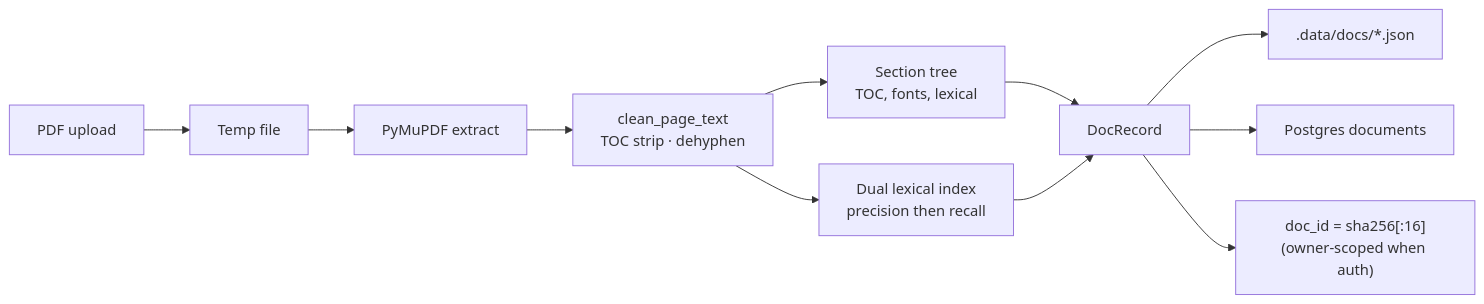
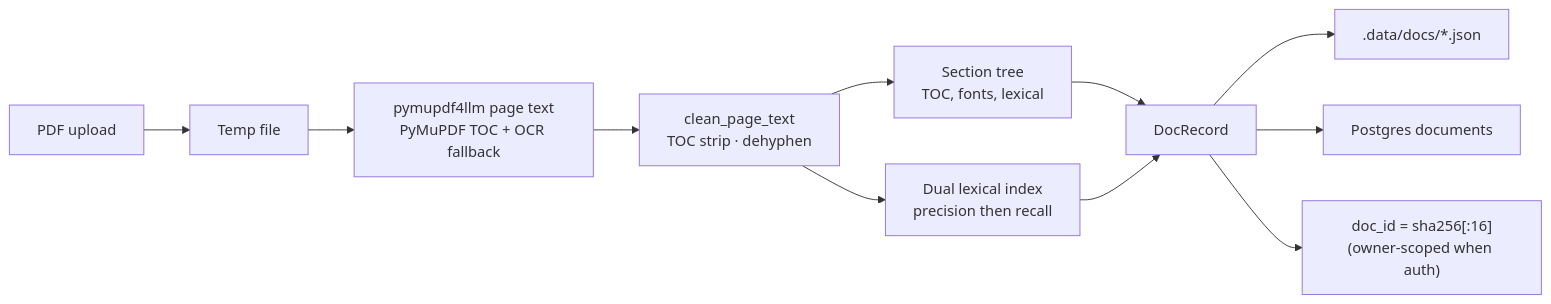
One commit to riyaz-ahamed-07/SixCall changed the fifth of 9 diagrams in README.md. Above: the diagram before and after it, drawn with Mermaid. The commit also changed other lines of this file and 4 other files, not shown here.

First line of the commit message:
Extract page text with pymupdf4llm markdown.

````diff
--- a/README.md
+++ b/README.md
@@ -215,13 +215,13 @@
 ```mermaid
 flowchart LR
   PDF["PDF upload"] --> TMP["Temp file"]
-  TMP --> PYM["PyMuPDF extract"]
+  TMP --> PYM["pymupdf4llm page text<br/>PyMuPDF TOC + OCR fallback"]
   PYM --> CLEAN["clean_page_text<br/>TOC strip · dehyphen"]
   CLEAN --> HEAD["Section tree<br/>TOC, fonts, lexical"]
   CLEAN --> IDX["Dual lexical index<br/>precision then recall"]
   HEAD --> REC["DocRecord"]
   IDX --> REC
   REC --> DISK[".data/docs/*.json"]
   REC --> PG["Postgres documents"]
   REC --> ID["doc_id = sha256[:16]<br/>(owner-scoped when auth)"]
 ```
````
